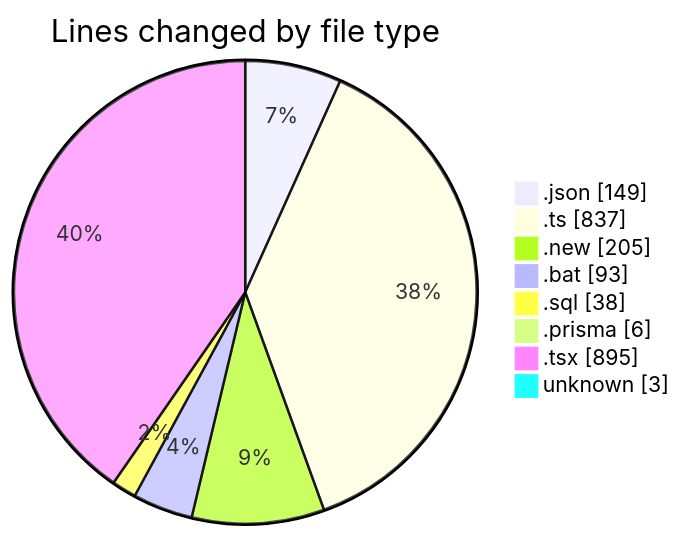
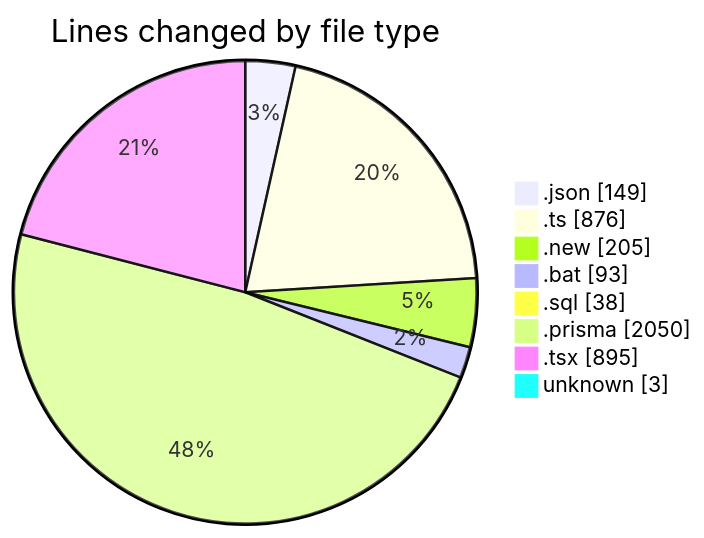
Before and after one commit to CELIANVF/code-tracking: the first of 2 diagrams in 2025-05-20/ecodeli-1/README.md, drawn with Mermaid. The commit also changed other lines of this file and 1 other file, not shown here.

````diff
--- a/2025-05-20/ecodeli-1/README.md
+++ b/2025-05-20/ecodeli-1/README.md
@@ -38,12 +39,12 @@
 ```mermaid
 pie showData
 title Lines changed by file type
 ".json" : 149
-".ts" : 837
+".ts" : 876
 ".new" : 205
 ".bat" : 93
 ".sql" : 38
-".prisma" : 6
+".prisma" : 2050
 ".tsx" : 895
 "unknown" : 3
 ```
````
